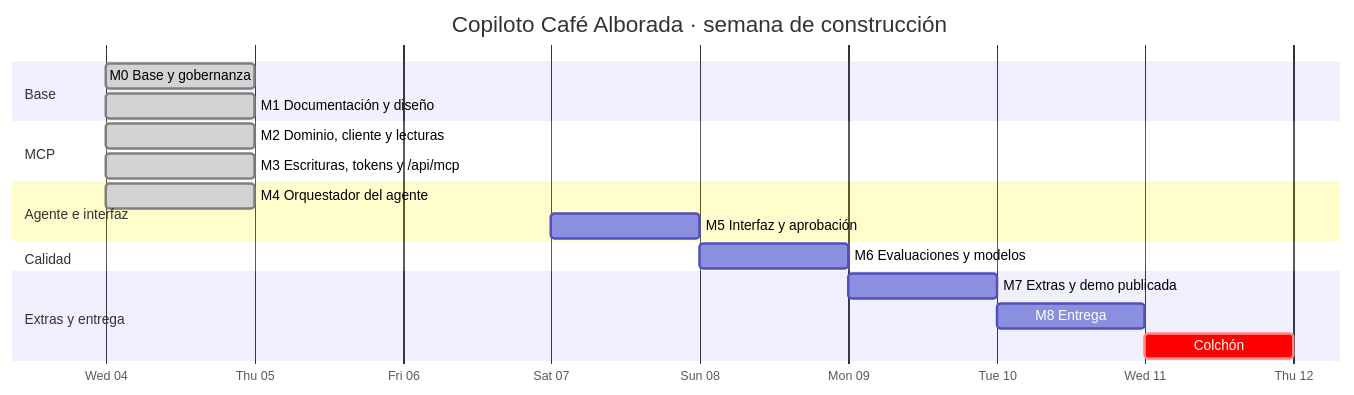
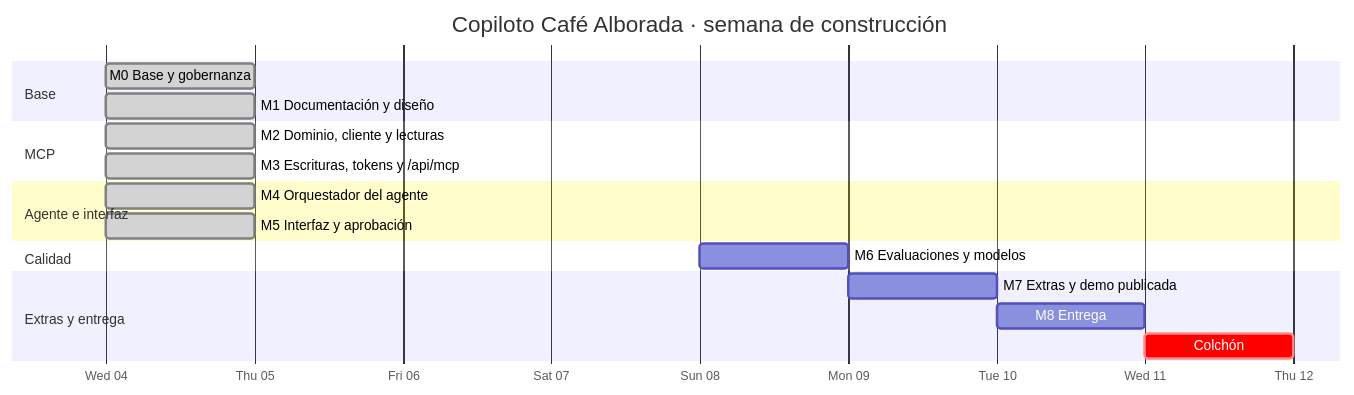
The first of 3 diagrams in docs/specs/09_PLAN_IMPLEMENTACION.md (omonroyt/pt_luyoa), drawn with Mermaid before and after one commit. The commit also changed other lines of this file, not shown here.

Commit message:
docs(docs): marca el hito 5 como hecho en el plan
Refs: IMP-44

````diff
--- a/docs/specs/09_PLAN_IMPLEMENTACION.md
+++ b/docs/specs/09_PLAN_IMPLEMENTACION.md
@@ -17,26 +17,26 @@
 ```mermaid
 gantt
     title Copiloto Café Alborada · semana de construcción
     dateFormat YYYY-MM-DD
     axisFormat %a %d
 
     section Base
     M0 Base y gobernanza                 :done, m0, 2026-11-04, 1d
     M1 Documentación y diseño            :done, m1, 2026-11-04, 1d
 
     section MCP
     M2 Dominio, cliente y lecturas       :done, m2, 2026-11-04, 1d
     M3 Escrituras, tokens y /api/mcp     :done, m3, 2026-11-04, 1d
 
     section Agente e interfaz
     M4 Orquestador del agente            :done, m4, 2026-11-04, 1d
-    M5 Interfaz y aprobación             :m5, 2026-11-07, 1d
+    M5 Interfaz y aprobación             :done, m5, 2026-11-04, 1d
 
     section Calidad
     M6 Evaluaciones y modelos            :m6, 2026-11-08, 1d
 
     section Extras y entrega
     M7 Extras y demo publicada           :m7, 2026-11-09, 1d
     M8 Entrega                           :m8, 2026-11-10, 1d
     Colchón                              :crit, buf, 2026-11-11, 1d
 ```
````
